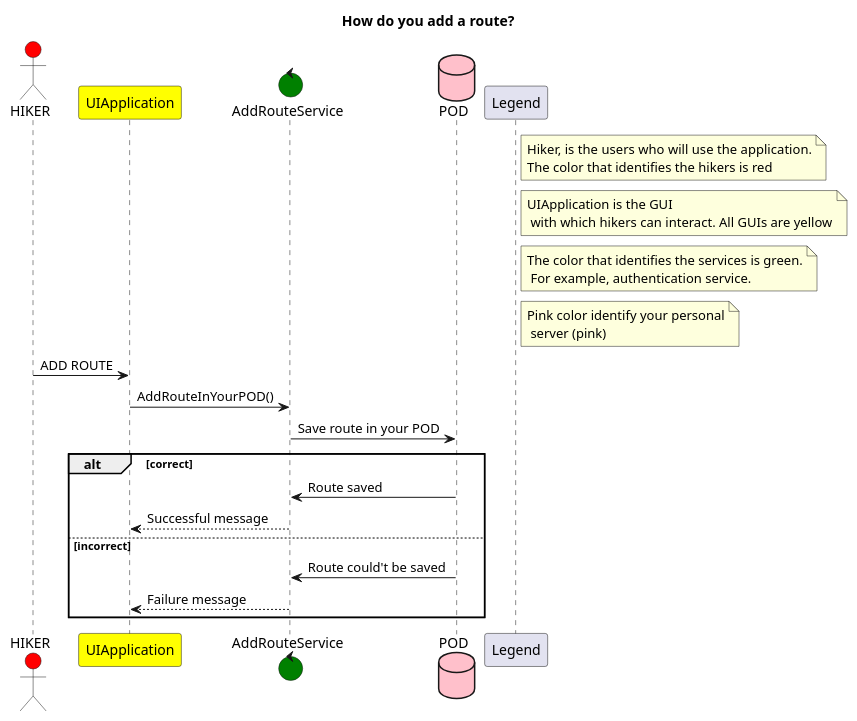
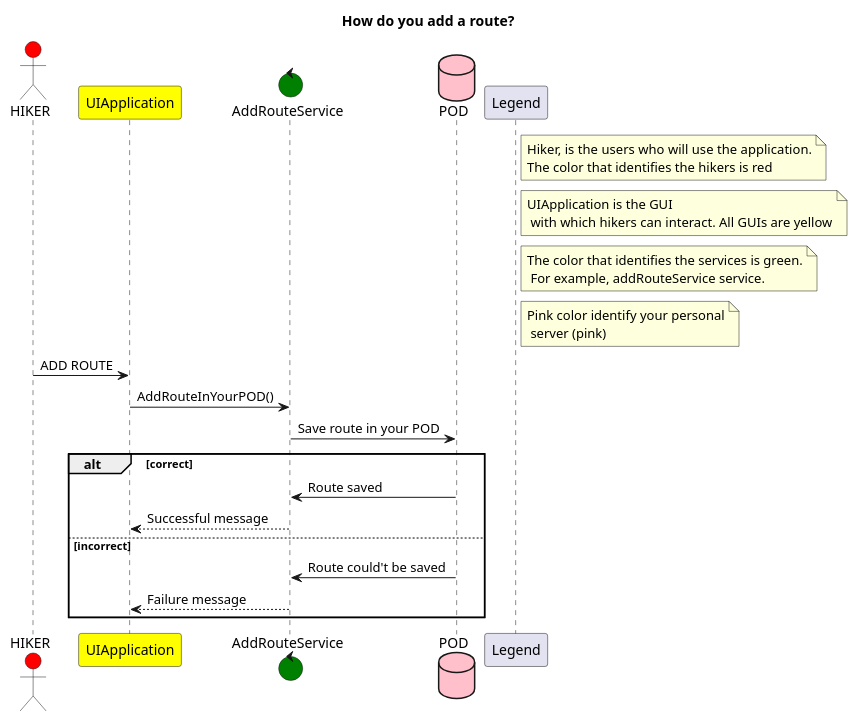
Before and after one commit to Arquisoft/viade_es1b: the second of 2 diagrams in src/docs/06_runtime_view.adoc, drawn with PlantUML.

Commit message:
Corregido error de gramatica

```diff
--- a/src/docs/06_runtime_view.adoc
+++ b/src/docs/06_runtime_view.adoc
@@ -61,31 +61,31 @@
 [plantuml,"Add route diagram",png]
 ----
 title How do you add a route?
 
 
 
 actor HIKER #red
 participant UIApplication #yellow
 control AddRouteService #green
 database POD #pink
 participant Legend
 
 note right of Legend: Hiker, is the users who will use the application.\nThe color that identifies the hikers is red
 note right of Legend:UIApplication is the GUI\n with which hikers can interact. All GUIs are yellow
-note right of Legend: The color that identifies the services is green.\n For example, authentication service.
+note right of Legend: The color that identifies the services is green.\n For example, addRouteService service.
 note right of Legend: Pink color identify your personal\n server (pink)
 
 
 HIKER -> UIApplication: ADD ROUTE
 UIApplication -> AddRouteService: AddRouteInYourPOD()
 AddRouteService -> POD: Save route in your POD
 
 alt correct
 	POD -> AddRouteService: Route saved
 	AddRouteService --> UIApplication: Successful message
 
 else incorrect
 	POD -> AddRouteService: Route could't be saved
 	AddRouteService --> UIApplication: Failure message
 	end
 ----
```
